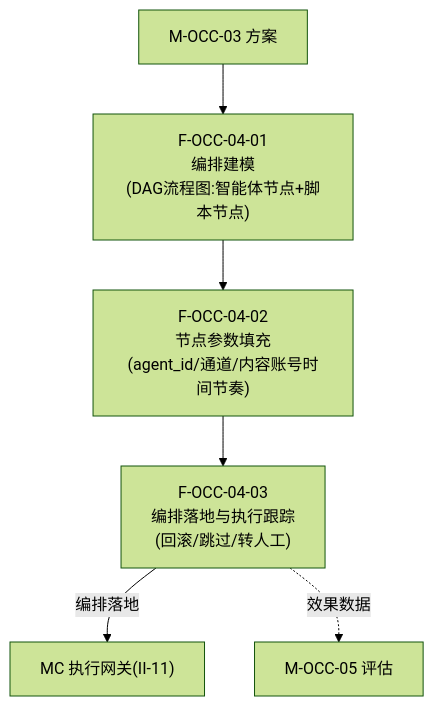
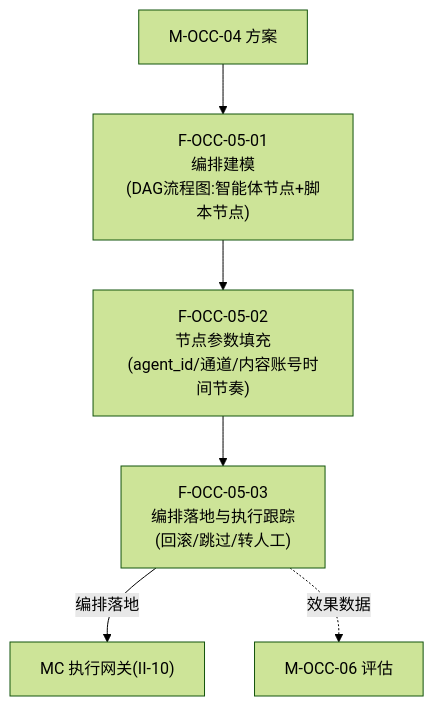
Diagram 30 of 45 in 公司项目/认知作战/文档/软件概要设计-架构图.md (Sj-g/obsidian), drawn with Mermaid (forest theme) before and after one commit. The commit also changed other lines of this file and 4 other files, not shown here.

````diff
--- a/公司项目/认知作战/文档/软件概要设计-架构图.md
+++ b/公司项目/认知作战/文档/软件概要设计-架构图.md
@@ -721,11 +628,11 @@
 ```mermaid
 flowchart TB
-    F0401["F-OCC-04-01<br/>编排建模<br/>(DAG流程图:智能体节点+脚本节点)"]
-    F0402["F-OCC-04-02<br/>节点参数填充<br/>(agent_id/通道/内容账号时间节奏)"]
-    F0403["F-OCC-04-03<br/>编排落地与执行跟踪<br/>(回滚/跳过/转人工)"]
+    F0501["F-OCC-05-01<br/>编排建模<br/>(DAG流程图:智能体节点+脚本节点)"]
+    F0502["F-OCC-05-02<br/>节点参数填充<br/>(agent_id/通道/内容账号时间节奏)"]
+    F0503["F-OCC-05-03<br/>编排落地与执行跟踪<br/>(回滚/跳过/转人工)"]
 
-    F0401 --> F0402 --> F0403
-    EXT["M-OCC-03 方案"] --> F0401
-    F0403 -->|"编排落地"| MC["MC 执行网关(II-11)"]
-    F0403 -.->|"效果数据"| EXT2["M-OCC-05 评估"]
+    F0501 --> F0502 --> F0503
+    EXT["M-OCC-04 方案"] --> F0501
+    F0503 -->|"编排落地"| MC["MC 执行网关(II-10)"]
+    F0503 -.->|"效果数据"| EXT2["M-OCC-06 评估"]
 ```
````
